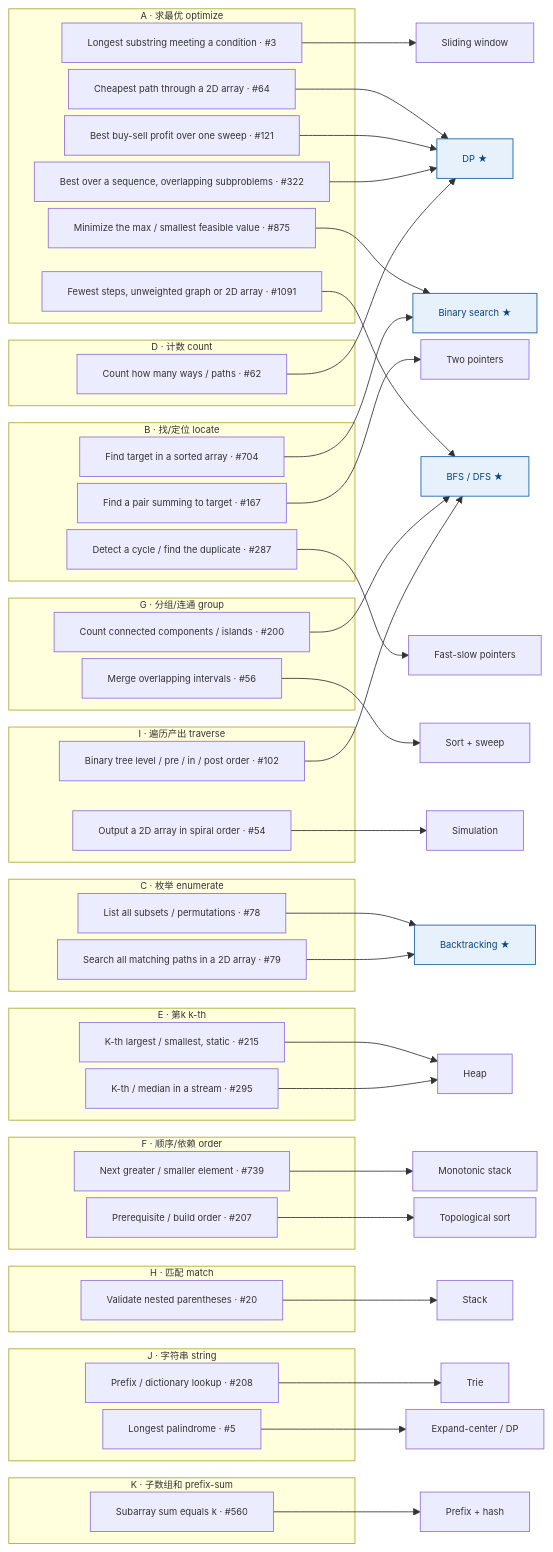
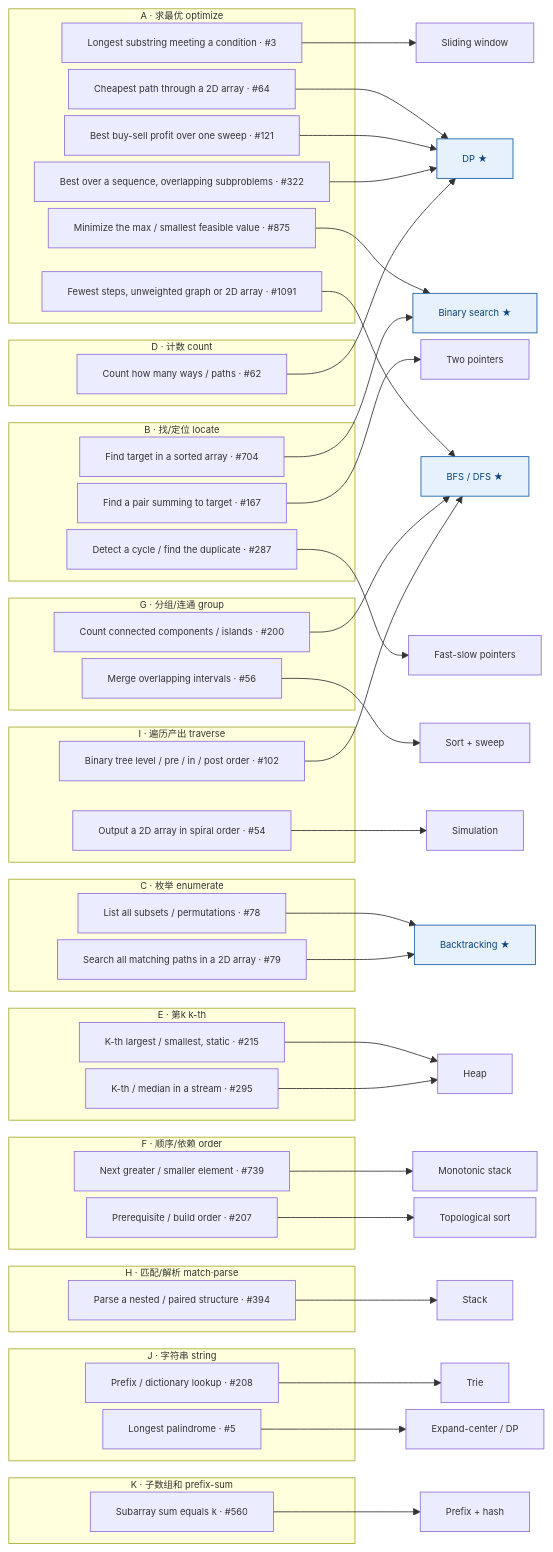
The diagram in lc-coverage-framework.md (zhnzhang61/cs-resources), drawn with Mermaid before and after one commit. The commit also changed other lines of this file, not shown here.

````diff
--- a/lc-coverage-framework.md
+++ b/lc-coverage-framework.md
@@ -98,76 +98,76 @@
 ```mermaid
 %%{init: {'flowchart': {'nodeSpacing': 8, 'rankSpacing': 60, 'wrappingWidth': 420}, 'themeVariables': {'fontSize': '11px'}}}%%
 flowchart LR
   subgraph A["A · 求最优 optimize"]
     t1["Longest substring meeting a condition · #3"]
     t2["Minimize the max / smallest feasible value · #875"]
     t3["Fewest steps, unweighted graph or 2D array · #1091"]
     t4["Cheapest path through a 2D array · #64"]
     t5["Best buy-sell profit over one sweep · #121"]
     t6["Best over a sequence, overlapping subproblems · #322"]
   end
   subgraph B["B · 找/定位 locate"]
     t7["Find target in a sorted array · #704"]
     t8["Find a pair summing to target · #167"]
     t9["Detect a cycle / find the duplicate · #287"]
   end
   subgraph C["C · 枚举 enumerate"]
     t10["List all subsets / permutations · #78"]
     t11["Search all matching paths in a 2D array · #79"]
   end
   subgraph D["D · 计数 count"]
     t12["Count how many ways / paths · #62"]
   end
   subgraph E["E · 第k k-th"]
     t13["K-th largest / smallest, static · #215"]
     t22["K-th / median in a stream · #295"]
   end
   subgraph F["F · 顺序/依赖 order"]
     t14["Next greater / smaller element · #739"]
     t15["Prerequisite / build order · #207"]
   end
   subgraph G["G · 分组/连通 group"]
     t16["Count connected components / islands · #200"]
     t17["Merge overlapping intervals · #56"]
   end
-  subgraph H["H · 匹配 match"]
-    t18["Validate nested parentheses · #20"]
+  subgraph H["H · 匹配/解析 match·parse"]
+    t18["Parse a nested / paired structure · #394"]
   end
   subgraph I["I · 遍历产出 traverse"]
     t19["Output a 2D array in spiral order · #54"]
     t23["Binary tree level / pre / in / post order · #102"]
   end
   subgraph J["J · 字符串 string"]
     t20["Prefix / dictionary lookup · #208"]
     t24["Longest palindrome · #5"]
   end
   subgraph K["K · 子数组和 prefix-sum"]
     t21["Subarray sum equals k · #560"]
   end
   t1 --> aSW["Sliding window"]
   t2 --> aBS["Binary search ★"]
   t3 --> aBFS["BFS / DFS ★"]
   t4 --> aDP["DP ★"]
   t5 --> aDP
   t6 --> aDP
   t7 --> aBS
   t8 --> a2P["Two pointers"]
   t9 --> aFS["Fast-slow pointers"]
   t10 --> aBT["Backtracking ★"]
   t11 --> aBT
   t12 --> aDP
   t13 --> aHeap["Heap"]
   t14 --> aMS["Monotonic stack"]
   t15 --> aTopo["Topological sort"]
   t16 --> aBFS
   t17 --> aSweep["Sort + sweep"]
   t18 --> aStack["Stack"]
   t19 --> aSim["Simulation"]
   t20 --> aTrie["Trie"]
   t21 --> aPre["Prefix + hash"]
   t22 --> aHeap
   t23 --> aBFS
   t24 --> aExpand["Expand-center / DP"]
   classDef hub fill:#E6F1FB,stroke:#185FA5,color:#0C447C;
   class aBS,aBFS,aDP,aBT hub;
 ```
````
